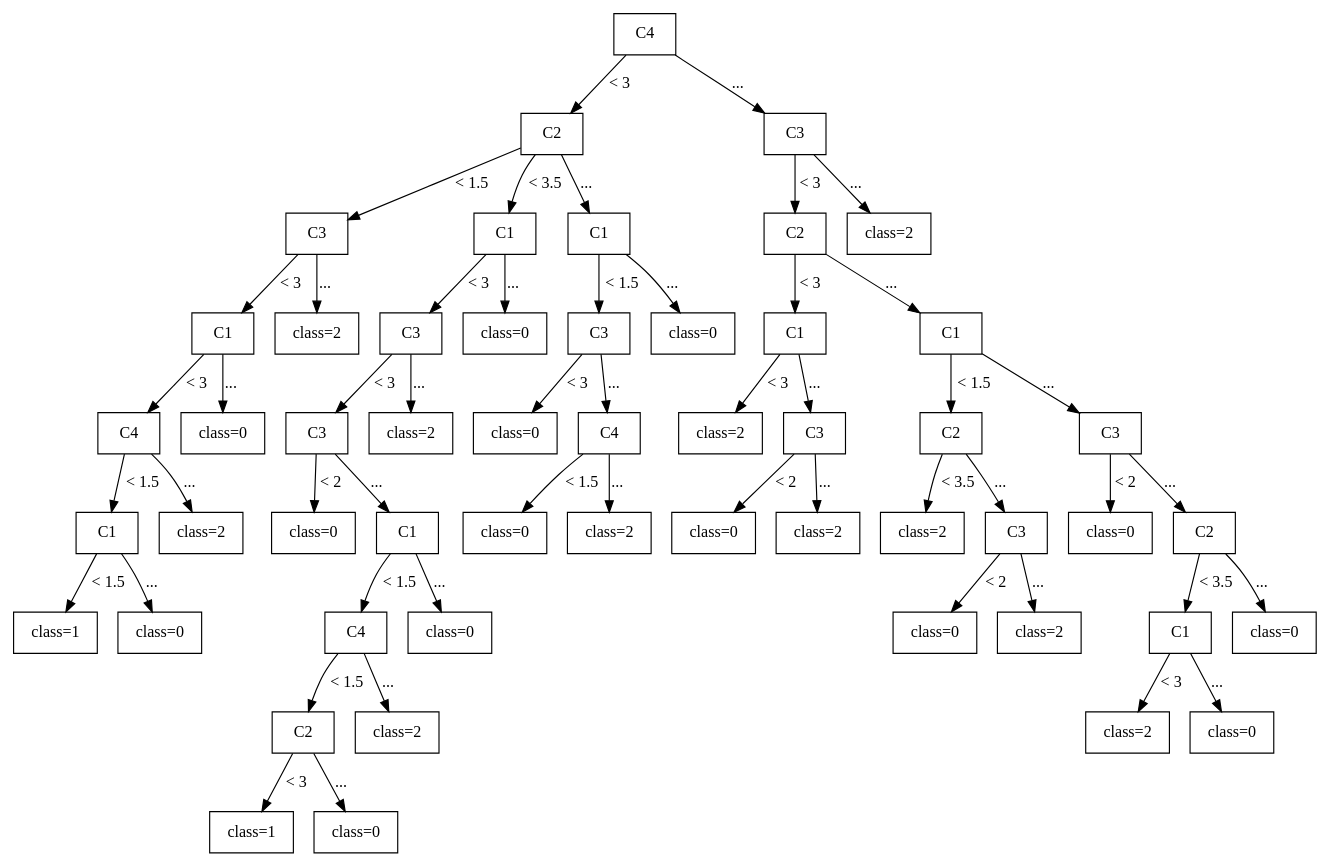
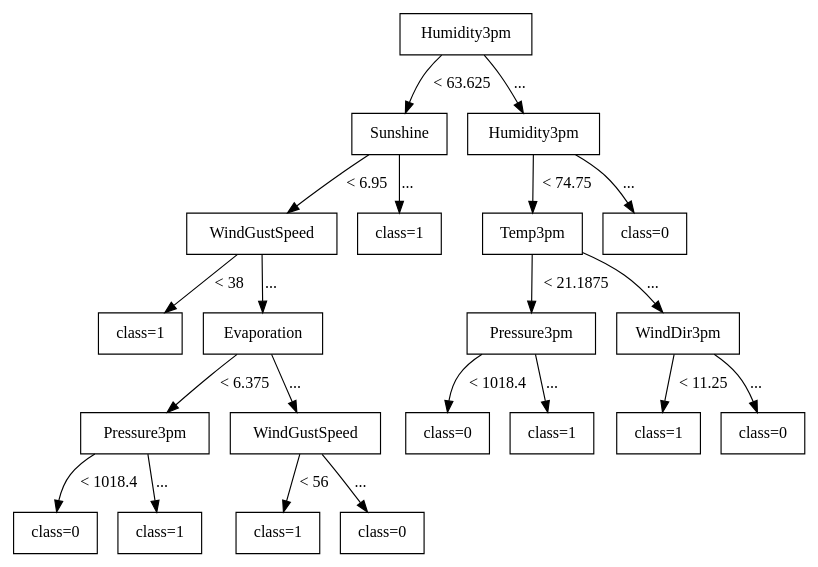
The diagram in NSSESAT_backend/new_tree.dot (TakuyaMitarai/NSSESAT_Visualizer), drawn with Graphviz before and after one commit. The commit also changed 7 other files, not shown here.

```diff
--- a/NSSESAT_backend/new_tree.dot
+++ b/NSSESAT_backend/new_tree.dot
@@ -1,125 +1,57 @@
 digraph G {
 node [shape=box];
 node [style=filled, fillcolor=white];
 
-0 [label="C4"];
+0 [label="Humidity3pm"];
 
-1 [label="C2"];
-31 [label="C3"];
+1 [label="Sunshine"];
+12 [label="Humidity3pm"];
 
-0 -> 1 [label="< 3"];
-0 -> 31 [label="..."];
+0 -> 1 [label="< 63.625"];
+0 -> 12 [label="..."];
 
-2 [label="C3"];
-11 [label="C1"];
-24 [label="C1"];
-32 [label="C2"];
-51 [label="class=2"];
+2 [label="WindGustSpeed"];
+11 [label="class=1"];
+13 [label="Temp3pm"];
+20 [label="class=0"];
 
-1 -> 2 [label="< 1.5"];
-1 -> 11 [label="< 3.5"];
-1 -> 24 [label="..."];
-31 -> 32 [label="< 3"];
-31 -> 51 [label="..."];
+1 -> 2 [label="< 6.95"];
+1 -> 11 [label="..."];
+12 -> 13 [label="< 74.75"];
+12 -> 20 [label="..."];
 
-3 [label="C1"];
-10 [label="class=2"];
-12 [label="C3"];
-23 [label="class=0"];
-25 [label="C3"];
-30 [label="class=0"];
-33 [label="C1"];
-38 [label="C1"];
+3 [label="class=1"];
+4 [label="Evaporation"];
+14 [label="Pressure3pm"];
+17 [label="WindDir3pm"];
 
-2 -> 3 [label="< 3"];
-2 -> 10 [label="..."];
-11 -> 12 [label="< 3"];
-11 -> 23 [label="..."];
-24 -> 25 [label="< 1.5"];
-24 -> 30 [label="..."];
-32 -> 33 [label="< 3"];
-32 -> 38 [label="..."];
+2 -> 3 [label="< 38"];
+2 -> 4 [label="..."];
+13 -> 14 [label="< 21.1875"];
+13 -> 17 [label="..."];
 
-4 [label="C4"];
-9 [label="class=0"];
-13 [label="C3"];
-22 [label="class=2"];
-26 [label="class=0"];
-27 [label="C4"];
-34 [label="class=2"];
-35 [label="C3"];
-39 [label="C2"];
-44 [label="C3"];
-
-3 -> 4 [label="< 3"];
-3 -> 9 [label="..."];
-12 -> 13 [label="< 3"];
-12 -> 22 [label="..."];
-25 -> 26 [label="< 3"];
-25 -> 27 [label="..."];
-33 -> 34 [label="< 3"];
-33 -> 35 [label="..."];
-38 -> 39 [label="< 1.5"];
-38 -> 44 [label="..."];
-
-5 [label="C1"];
-8 [label="class=2"];
-14 [label="class=0"];
-15 [label="C1"];
-28 [label="class=0"];
-29 [label="class=2"];
-36 [label="class=0"];
-37 [label="class=2"];
-40 [label="class=2"];
-41 [label="C3"];
-45 [label="class=0"];
-46 [label="C2"];
-
-4 -> 5 [label="< 1.5"];
-4 -> 8 [label="..."];
-13 -> 14 [label="< 2"];
-13 -> 15 [label="..."];
-27 -> 28 [label="< 1.5"];
-27 -> 29 [label="..."];
-35 -> 36 [label="< 2"];
-35 -> 37 [label="..."];
-39 -> 40 [label="< 3.5"];
-39 -> 41 [label="..."];
-44 -> 45 [label="< 2"];
-44 -> 46 [label="..."];
-
-6 [label="class=1"];
-7 [label="class=0"];
-16 [label="C4"];
-21 [label="class=0"];
-42 [label="class=0"];
-43 [label="class=2"];
-47 [label="C1"];
-50 [label="class=0"];
-
-5 -> 6 [label="< 1.5"];
-5 -> 7 [label="..."];
-15 -> 16 [label="< 1.5"];
-15 -> 21 [label="..."];
-41 -> 42 [label="< 2"];
-41 -> 43 [label="..."];
-46 -> 47 [label="< 3.5"];
-46 -> 50 [label="..."];
-
-17 [label="C2"];
-20 [label="class=2"];
-48 [label="class=2"];
-49 [label="class=0"];
-
-16 -> 17 [label="< 1.5"];
-16 -> 20 [label="..."];
-47 -> 48 [label="< 3"];
-47 -> 49 [label="..."];
-
+5 [label="Pressure3pm"];
+8 [label="WindGustSpeed"];
+15 [label="class=0"];
+16 [label="class=1"];
 18 [label="class=1"];
 19 [label="class=0"];
 
-17 -> 18 [label="< 3"];
+4 -> 5 [label="< 6.375"];
+4 -> 8 [label="..."];
+14 -> 15 [label="< 1018.4"];
+14 -> 16 [label="..."];
+17 -> 18 [label="< 11.25"];
 17 -> 19 [label="..."];
 
+6 [label="class=0"];
+7 [label="class=1"];
+9 [label="class=1"];
+10 [label="class=0"];
+
+5 -> 6 [label="< 1018.4"];
+5 -> 7 [label="..."];
+8 -> 9 [label="< 56"];
+8 -> 10 [label="..."];
+
 }
```
